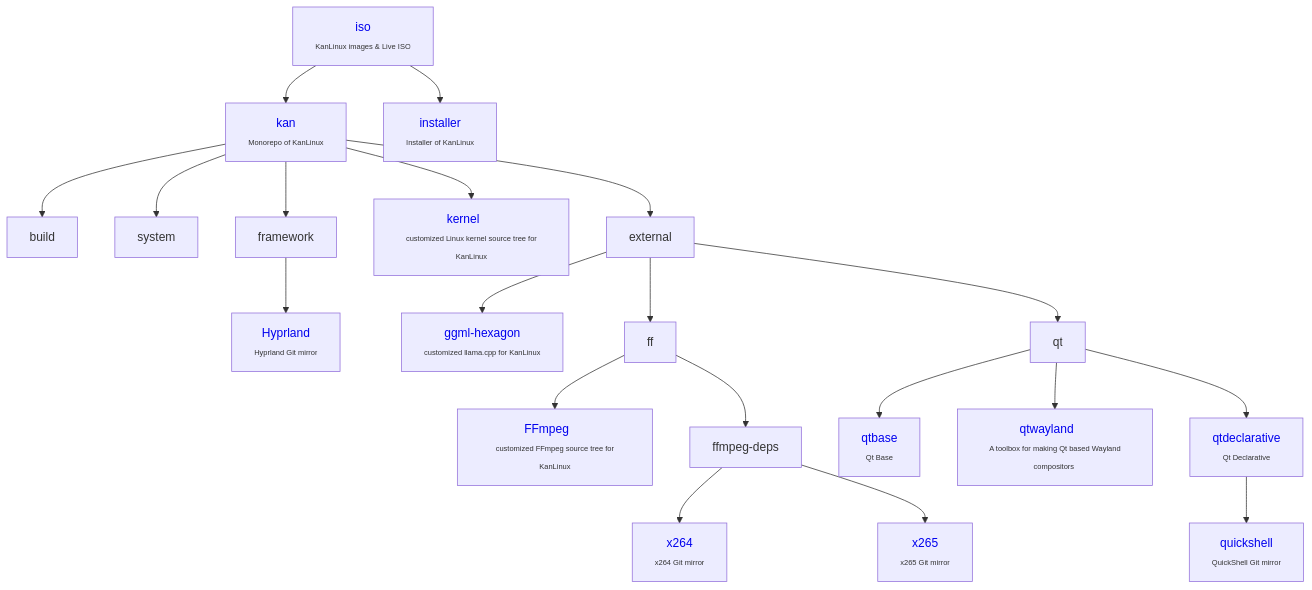
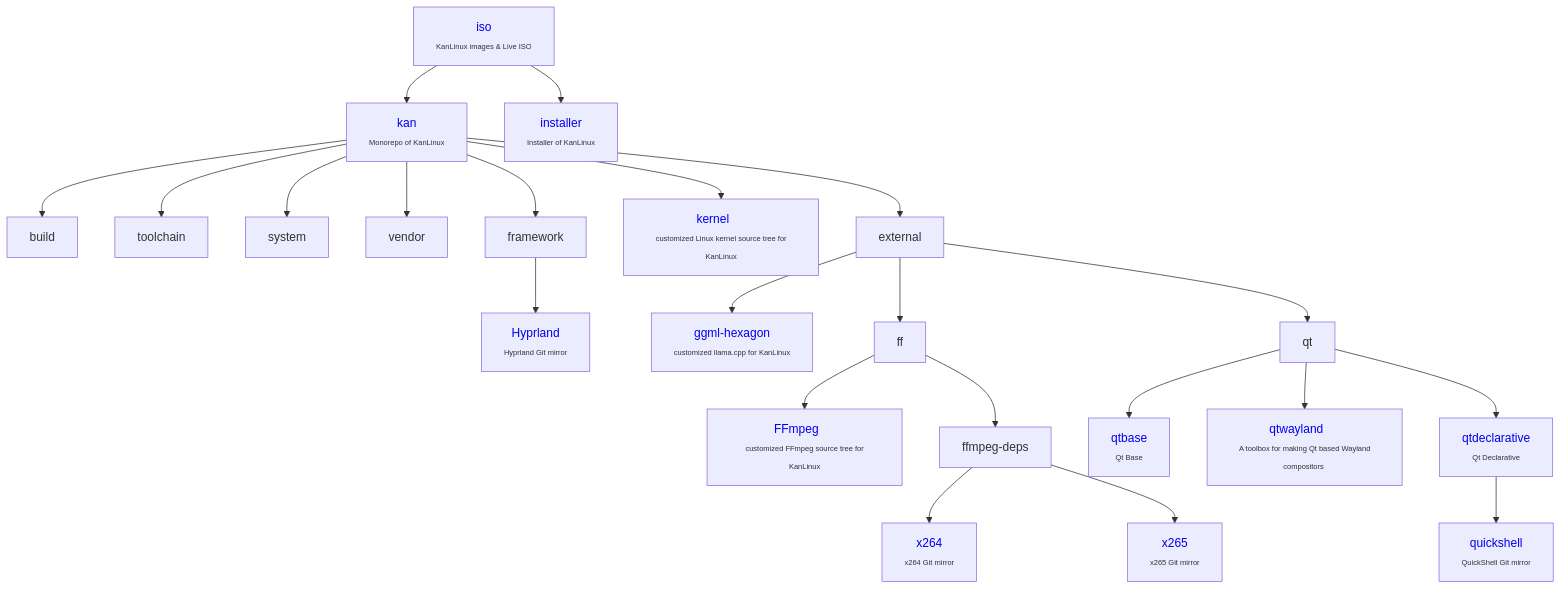
Before and after one commit to kan-linux/.github: the diagram in profile/README.md, drawn with Mermaid.

Commit message:
Add toolchain and vendor to README mappings

````diff
--- a/profile/README.md
+++ b/profile/README.md
@@ -11,70 +11,72 @@
 ```mermaid
 
 graph TD;
 iso --> kan
 iso --> installer
 
 kan --> build
+kan --> toolchain
 kan --> system
+kan --> vendor
 kan --> framework
 
 framework --> Hyprland
 
 kan --> kernel
 kan --> external
 
 external --> ggml-hexagon
 external --> ff
 
 ff  --> FFmpeg
 ff  --> ffmpeg-deps
 
 ffmpeg-deps --> x264
 ffmpeg-deps --> x265
 
 
 external --> qt
 
 
 qt --> qtbase
 qt --> qtwayland
 qt --> qtdeclarative
 
 qtdeclarative --> quickshell
 
 
 iso[<a href="https://github.com/kan-linux/iso"                       style="text-decoration:none;">iso</a>            <br><span style="font-size:10px;">KanLinux images & Live ISO</span>];
 kan[<a href="https://github.com/kan-linux/kan"         style="text-decoration:none;">kan</a>     <br><span style="font-size:10px;">Monorepo of KanLinux</span>];
 
 installer[<a href="https://github.com/kan-linux/installer"         style="text-decoration:none;">installer</a>     <br><span style="font-size:10px;">Installer of KanLinux</span>];
 
 
 
 kernel[<a href="https://github.com/kan-linux/kernel"         style="text-decoration:none;">kernel</a>     <br><span style="font-size:10px;"> customized Linux kernel source tree for KanLinux</span>];
 
 
 ggml-hexagon[<a href="https://github.com/kan-linux/ggml-hexagon/discussions/84"         style="text-decoration:none;">ggml-hexagon</a>     <br><span style="font-size:10px;"> customized llama.cpp for KanLinux</span>];
 
 
 
 FFmpeg[<a href="https://github.com/kan-linux/ffmpeg"         style="text-decoration:none;">FFmpeg</a>     <br><span style="font-size:10px;"> customized FFmpeg source tree for KanLinux</span>];
 
 x264[<a href="https://github.com/kan-linux/x264"         style="text-decoration:none;">x264</a>     <br><span style="font-size:10px;"> x264 Git mirror </span>];
 x265[<a href="https://github.com/kan-linux/x265"         style="text-decoration:none;">x265</a>     <br><span style="font-size:10px;"> x265 Git mirror </span>];
 
 Hyprland[<a href="https://github.com/kan-linux/Hyprland"         style="text-decoration:none;">Hyprland</a>     <br><span style="font-size:10px;"> Hyprland Git mirror </span>];
 
 
 qtbase[<a href="https://github.com/kan-linux/qtbase"         style="text-decoration:none;">qtbase</a>     <br><span style="font-size:10px;"> Qt Base </span>];
 
 
 
 qtwayland[<a href="https://github.com/kan-linux/qtwayland"         style="text-decoration:none;">qtwayland</a>     <br><span style="font-size:10px;"> A toolbox for making Qt based Wayland compositors </span>];
 
 qtdeclarative[<a href="https://github.com/kan-linux/qtdeclarative"         style="text-decoration:none;">qtdeclarative</a>     <br><span style="font-size:10px;"> Qt Declarative </span>];
 
 
 
 quickshell[<a href="https://github.com/kan-linux/quickshell"         style="text-decoration:none;">quickshell</a>     <br><span style="font-size:10px;"> QuickShell Git mirror</span>];
 
 ```
````
